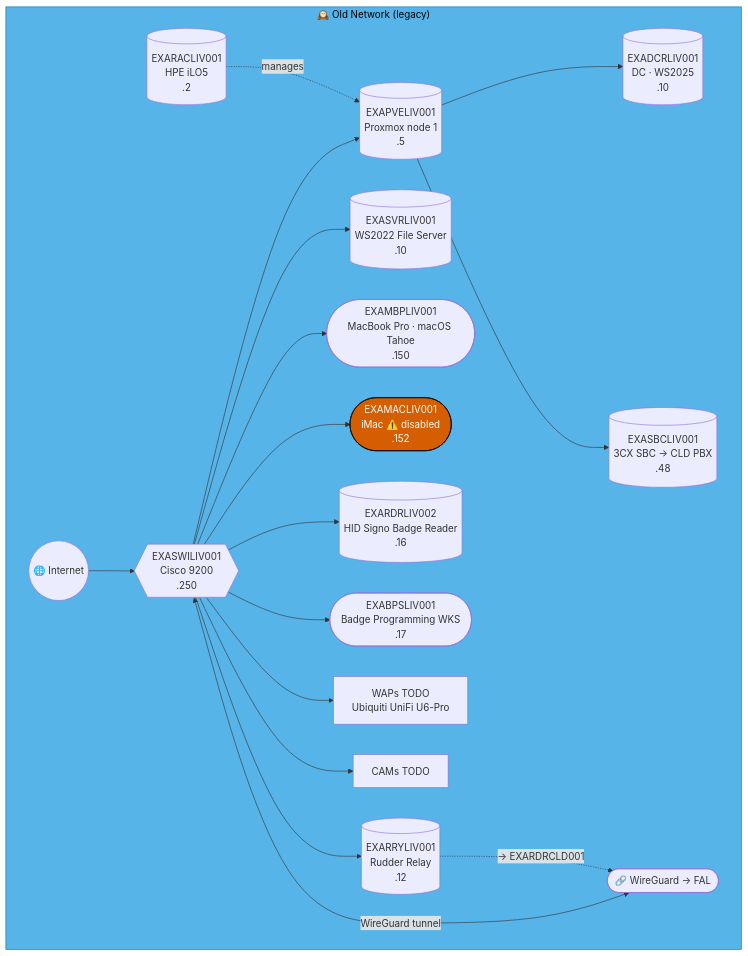
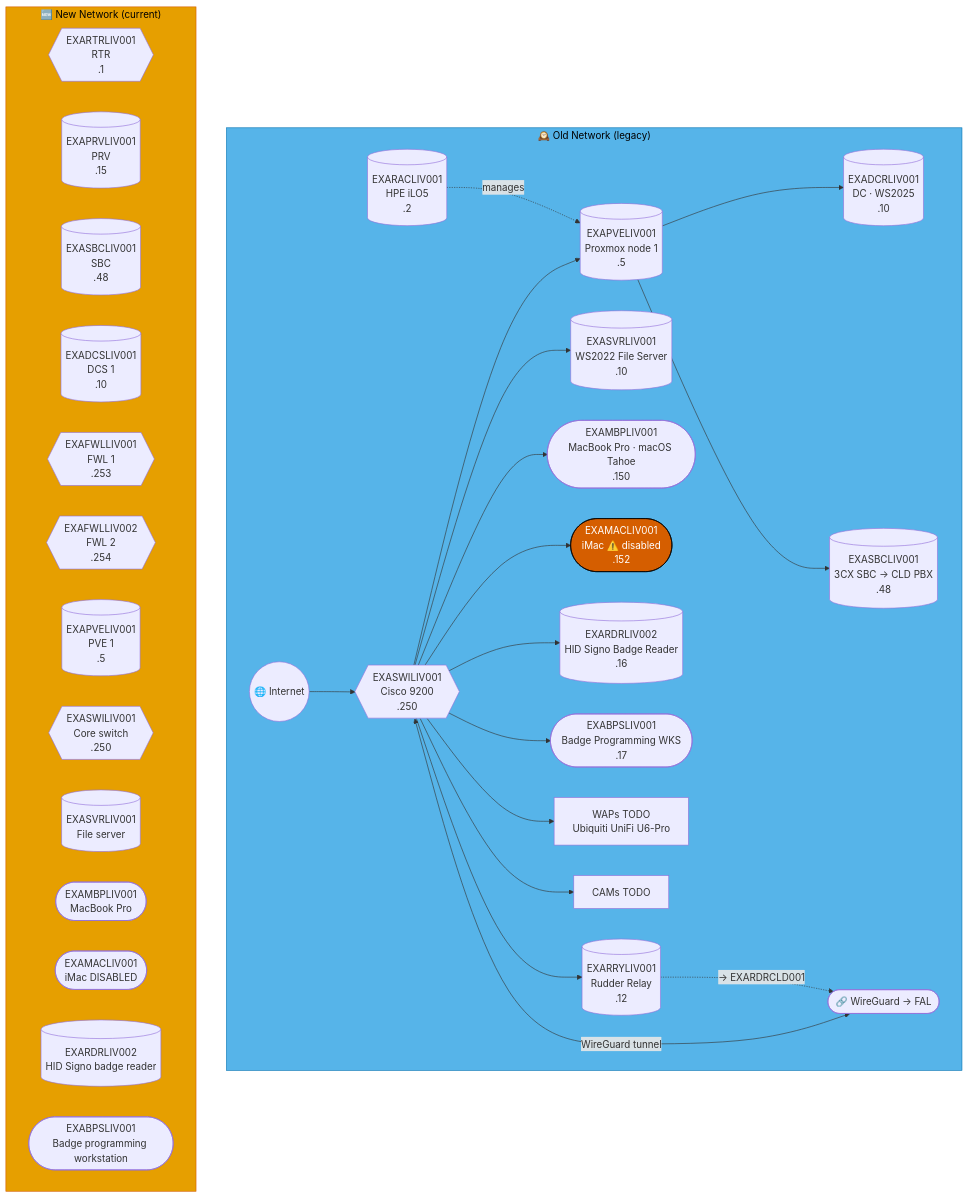
Diagram 12 of 51 in docs/network-diagram.md (knightmare2600/example_music_infra), drawn with Mermaid before and after one commit. The commit also changed other lines of this file and 1 other file, not shown here.

````diff
--- a/docs/network-diagram.md
+++ b/docs/network-diagram.md
@@ -645,32 +893,50 @@
 ```mermaid
 graph TD
     subgraph OLD_LIV ["🕰️ Old Network (legacy)"]
       INET(("🌐 Internet"))
       SW{{"EXASWILIV001<br/>Cisco 9200<br/>.250"}}
       RAC[("EXARACLIV001<br/>HPE iLO5<br/>.2")]
       PVE[("EXAPVELIV001<br/>Proxmox node 1<br/>.5")]
       DC[("EXADCRLIV001<br/>DC · WS2025<br/>.10")]
       SBC[("EXASBCLIV001<br/>3CX SBC → CLD PBX<br/>.48")]
       RRY[("EXARRYLIV001<br/>Rudder Relay<br/>.12")]
       SRV[("EXASVRLIV001<br/>WS2022 File Server<br/>.10")]
       MBP(["EXAMBPLIV001<br/>MacBook Pro · macOS Tahoe<br/>.150"])
       MAC(["EXAMACLIV001<br/>iMac ⚠️ disabled<br/>.152"])
       RDR[("EXARDRLIV002<br/>HID Signo Badge Reader<br/>.16")]
       BPS(["EXABPSLIV001<br/>Badge Programming WKS<br/>.17"])
       WAP["WAPs TODO<br/>Ubiquiti UniFi U6-Pro"]
       CAM["CAMs TODO"]
       VPN(["🔗 WireGuard → FAL"])
 
       INET --> SW
       SW --> PVE --> DC & SBC
       RAC -.->|"manages"| PVE
       SW --> SRV & MBP & MAC & RDR & BPS & WAP & CAM
       SW <-->|"WireGuard tunnel"| VPN
 
       SW --> RRY
       RRY -. "→ EXARDRCLD001" .-> VPN
     end
     style OLD_LIV fill:#56B4E9,stroke:#0072B2,color:#000000
+    %% GENERATED:NEW-NETWORK:LIV:START
+    subgraph NEW_LIV ["🆕 New Network (current)"]
+      N_RTR{{"EXARTRLIV001<br/>RTR<br/>.1"}}
+      N_PRV[("EXAPRVLIV001<br/>PRV<br/>.15")]
+      N_SBC[("EXASBCLIV001<br/>SBC<br/>.48")]
+      N_DCS[("EXADCSLIV001<br/>DCS 1<br/>.10")]
+      N_FWL{{"EXAFWLLIV001<br/>FWL 1<br/>.253"}}
+      N_FWL2{{"EXAFWLLIV002<br/>FWL 2<br/>.254"}}
+      N_PVE[("EXAPVELIV001<br/>PVE 1<br/>.5")]
+      N_SWI{{"EXASWILIV001<br/>Core switch<br/>.250"}}
+      N_SVR[("EXASVRLIV001<br/>File server")]
+      N_MBP(["EXAMBPLIV001<br/>MacBook Pro"])
+      N_MAC(["EXAMACLIV001<br/>iMac DISABLED"])
+      N_RDR[("EXARDRLIV002<br/>HID Signo badge reader")]
+      N_BPS(["EXABPSLIV001<br/>Badge programming workstation"])
+    end
+    style NEW_LIV fill:#E69F00,stroke:#D55E00,color:#000000
+    %% GENERATED:NEW-NETWORK:LIV:END
     classDef warn fill:#D55E00,stroke:#000000,color:#ffffff
     class MAC warn
 ```
````
